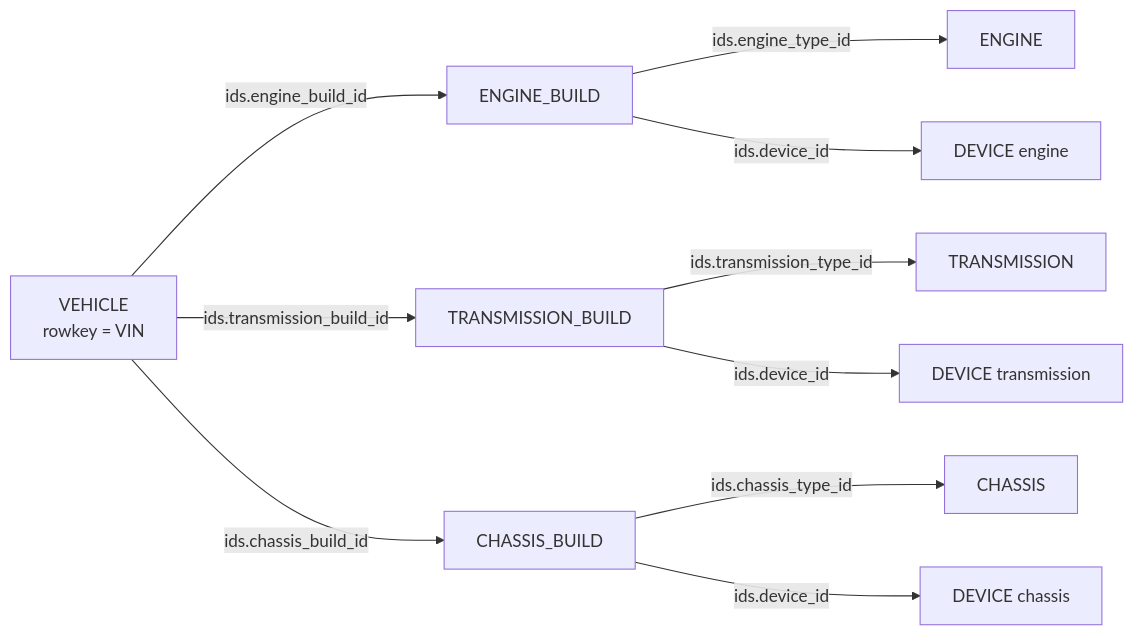
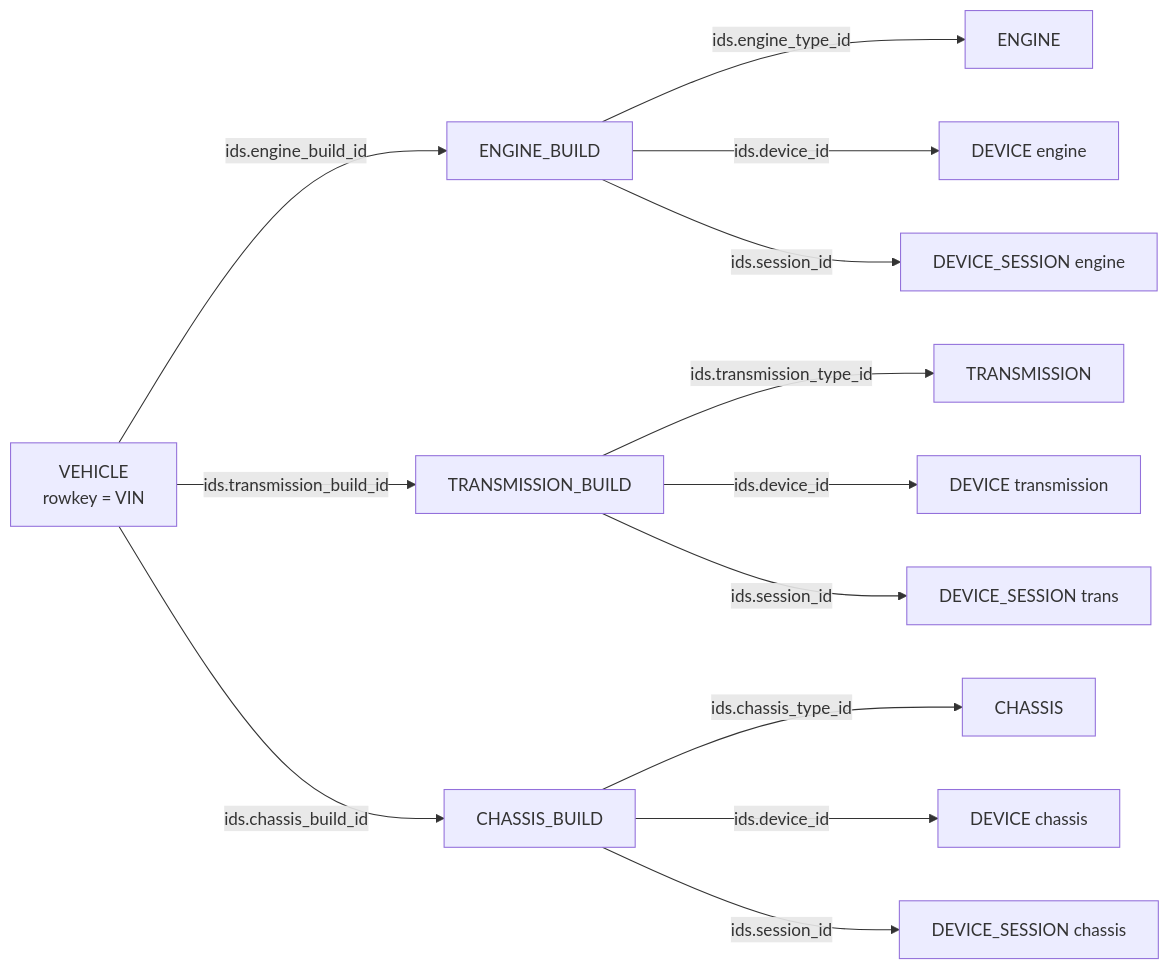
The diagram in use-cases/vehicle360/CDP.md (BrooksIan/PhoenixDotNet), drawn with Mermaid before and after one commit. The commit also changed other lines of this file and 11 other files, not shown here.

````diff
--- a/use-cases/vehicle360/CDP.md
+++ b/use-cases/vehicle360/CDP.md
@@ -152,22 +160,28 @@
 ```mermaid
 flowchart LR
   VEH["VEHICLE<br/>rowkey = VIN"]
   EB[ENGINE_BUILD]
   TB[TRANSMISSION_BUILD]
   CB[CHASSIS_BUILD]
   ENG[ENGINE]
   TRN[TRANSMISSION]
   CHS[CHASSIS]
   ED["DEVICE engine"]
   TD["DEVICE transmission"]
   CD["DEVICE chassis"]
+  ES["DEVICE_SESSION engine"]
+  TS["DEVICE_SESSION trans"]
+  CS["DEVICE_SESSION chassis"]
   VEH -->|"ids.engine_build_id"| EB
   VEH -->|"ids.transmission_build_id"| TB
   VEH -->|"ids.chassis_build_id"| CB
   EB -->|"ids.engine_type_id"| ENG
   TB -->|"ids.transmission_type_id"| TRN
   CB -->|"ids.chassis_type_id"| CHS
   EB -->|"ids.device_id"| ED
   TB -->|"ids.device_id"| TD
   CB -->|"ids.device_id"| CD
+  EB -->|"ids.session_id"| ES
+  TB -->|"ids.session_id"| TS
+  CB -->|"ids.session_id"| CS
 ```
````
